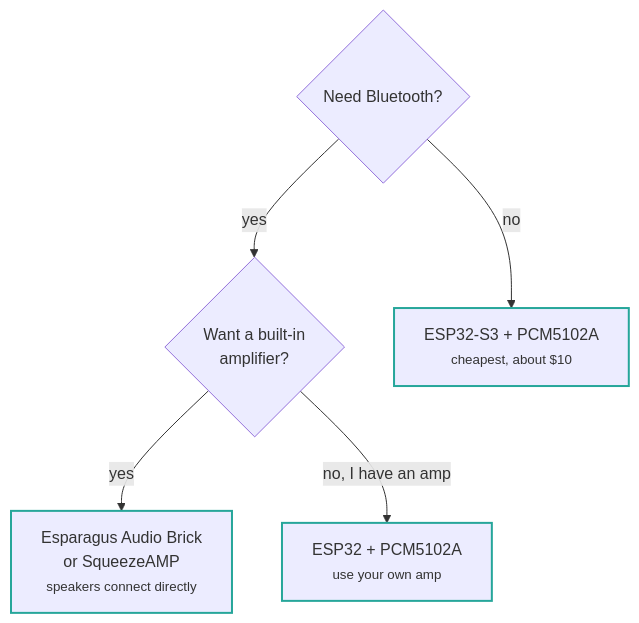
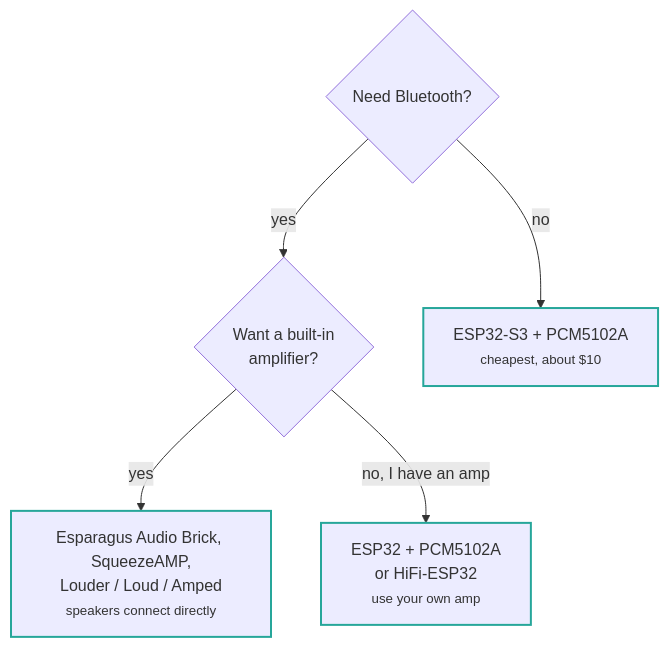
One commit to GWan1234/airplay-esp32 changed the diagram in docs/boards/index.md. Above: the diagram before and after it, drawn with Mermaid. The commit also changed other lines of this file and 27 other files, not shown here.

````diff
--- a/docs/boards/index.md
+++ b/docs/boards/index.md
@@ -11,17 +11,17 @@
 ```mermaid
 flowchart TD
     BT{"Need Bluetooth?"}
     AMP{"Want a built-in<br/>amplifier?"}
 
     S3["ESP32-S3 + PCM5102A<br/><small>cheapest, about $10</small>"]
-    AMPBOARD["Esparagus Audio Brick<br/>or SqueezeAMP<br/><small>speakers connect directly</small>"]
-    ESP32["ESP32 + PCM5102A<br/><small>use your own amp</small>"]
+    AMPBOARD["Esparagus Audio Brick, SqueezeAMP,<br/>Louder / Loud / Amped<br/><small>speakers connect directly</small>"]
+    ESP32["ESP32 + PCM5102A<br/>or HiFi-ESP32<br/><small>use your own amp</small>"]
 
     BT -->|no| S3
     BT -->|yes| AMP
     AMP -->|yes| AMPBOARD
     AMP -->|"no, I have an amp"| ESP32
 
     classDef pick stroke:#26a69a,stroke-width:2px
     class S3,AMPBOARD,ESP32 pick
 ```
````
